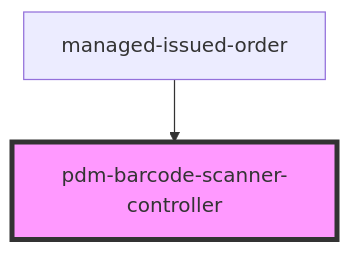
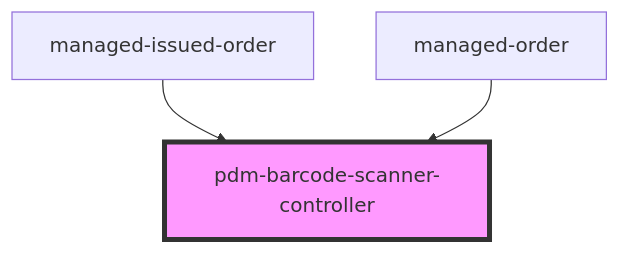
One commit to PharmaLedger-IMI/fgt-workspace changed the diagram in pdm-web-components/src/components/pdm-barcode-scanner-controller/readme.md. Above: the diagram before and after it, drawn with Mermaid. The commit also changed other lines of this file and 20 other files, not shown here.

````diff
--- a/pdm-web-components/src/components/pdm-barcode-scanner-controller/readme.md
+++ b/pdm-web-components/src/components/pdm-barcode-scanner-controller/readme.md
@@ -66,5 +67,6 @@
 ```mermaid
 graph TD;
   managed-issued-order --> pdm-barcode-scanner-controller
+  managed-order --> pdm-barcode-scanner-controller
   style pdm-barcode-scanner-controller fill:#f9f,stroke:#333,stroke-width:4px
 ```
````
